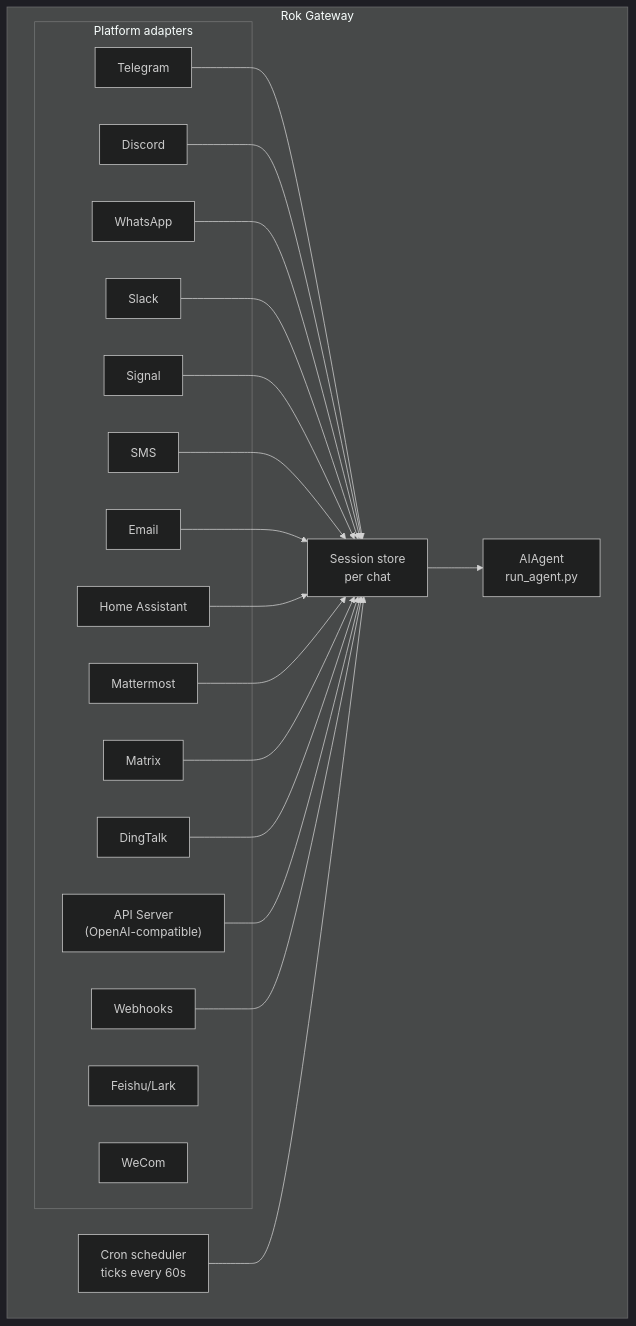
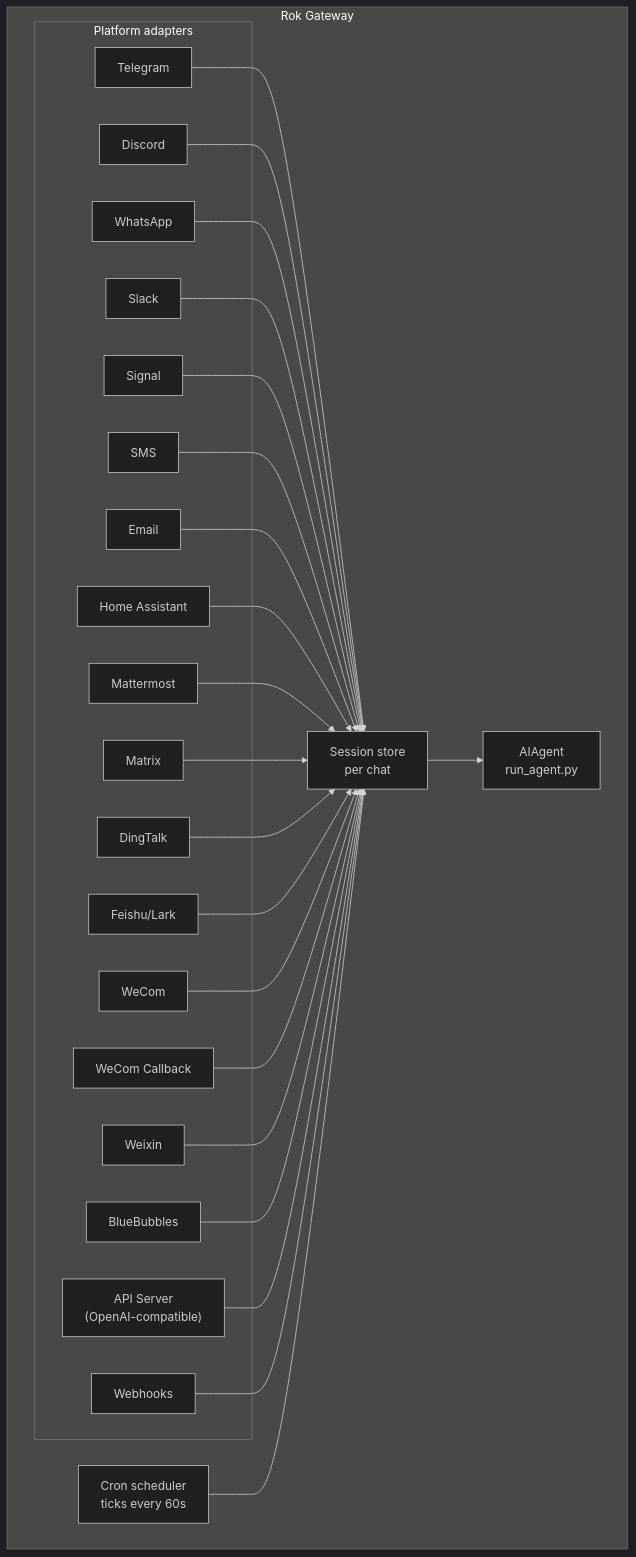
The diagram in website/docs/user-guide/messaging/index.md (RokctAI/ROK), drawn with Mermaid (dark theme) before and after one commit. The commit also changed other lines of this file and 1135 other files, not shown here.

````diff
--- a/website/docs/user-guide/messaging/index.md
+++ b/website/docs/user-guide/messaging/index.md
@@ -35,42 +38,50 @@
 ```mermaid
 flowchart TB
     subgraph Gateway["Rok Gateway"]
         subgraph Adapters["Platform adapters"]
             tg[Telegram]
             dc[Discord]
             wa[WhatsApp]
             sl[Slack]
             sig[Signal]
             sms[SMS]
             em[Email]
             ha[Home Assistant]
             mm[Mattermost]
             mx[Matrix]
             dt[DingTalk]
     fs[Feishu/Lark]
     wc[WeCom]
+    wcb[WeCom Callback]
+    wx[Weixin]
+    bb[BlueBubbles]
             api["API Server<br/>(OpenAI-compatible)"]
             wh[Webhooks]
         end
 
         store["Session store<br/>per chat"]
         agent["AIAgent<br/>run_agent.py"]
         cron["Cron scheduler<br/>ticks every 60s"]
     end
 
     tg --> store
     dc --> store
     wa --> store
     sl --> store
     sig --> store
     sms --> store
     em --> store
     ha --> store
     mm --> store
     mx --> store
     dt --> store
+    fs --> store
+    wc --> store
+    wcb --> store
+    wx --> store
+    bb --> store
     api --> store
     wh --> store
     store --> agent
     cron --> store
 ```
````
